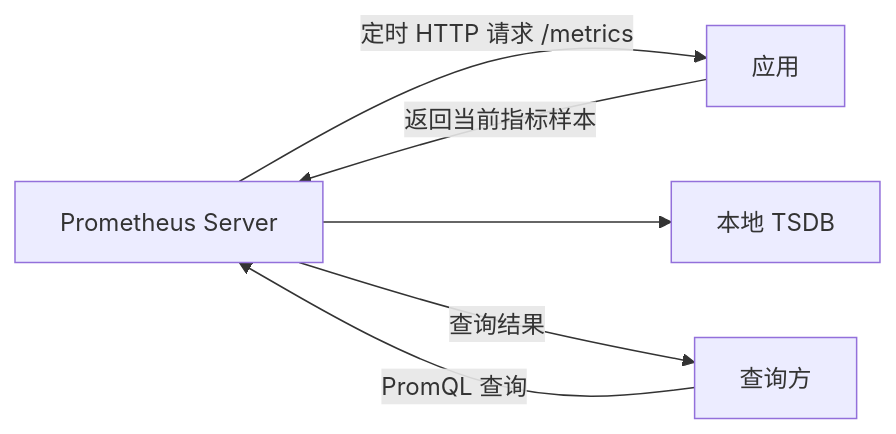
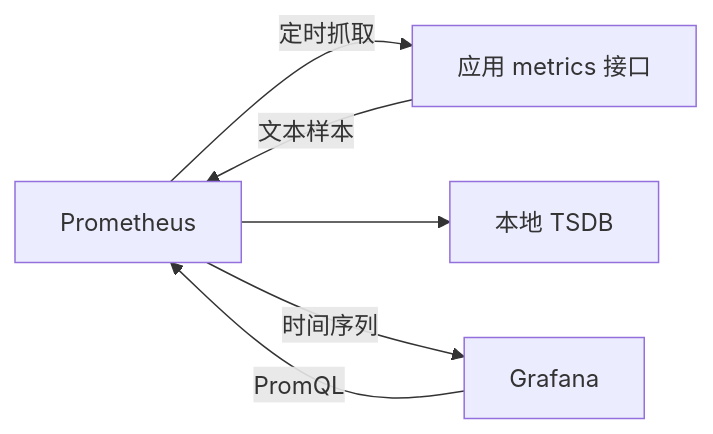
One commit to blog-archives/interview changed the diagram in content/map/prometheus.md. Above: the diagram before and after it, drawn with Mermaid. The commit also changed other lines of this file and 10 other files, not shown here.

````diff
--- a/content/map/prometheus.md
+++ b/content/map/prometheus.md
@@ -20,8 +18,8 @@
 ```mermaid
 flowchart LR
-    A[Prometheus Server] -->|定时 HTTP 请求 /metrics| B[应用]
-    B -->|返回当前指标样本| A
+    A[Prometheus] -->|定时抓取| B[应用 metrics 接口]
+    B -->|文本样本| A
     A --> C[本地 TSDB]
-    D[查询方] -->|PromQL 查询| A
-    A -->|查询结果| D
+    D[Grafana] -->|PromQL| A
+    A -->|时间序列| D
 ```
````
